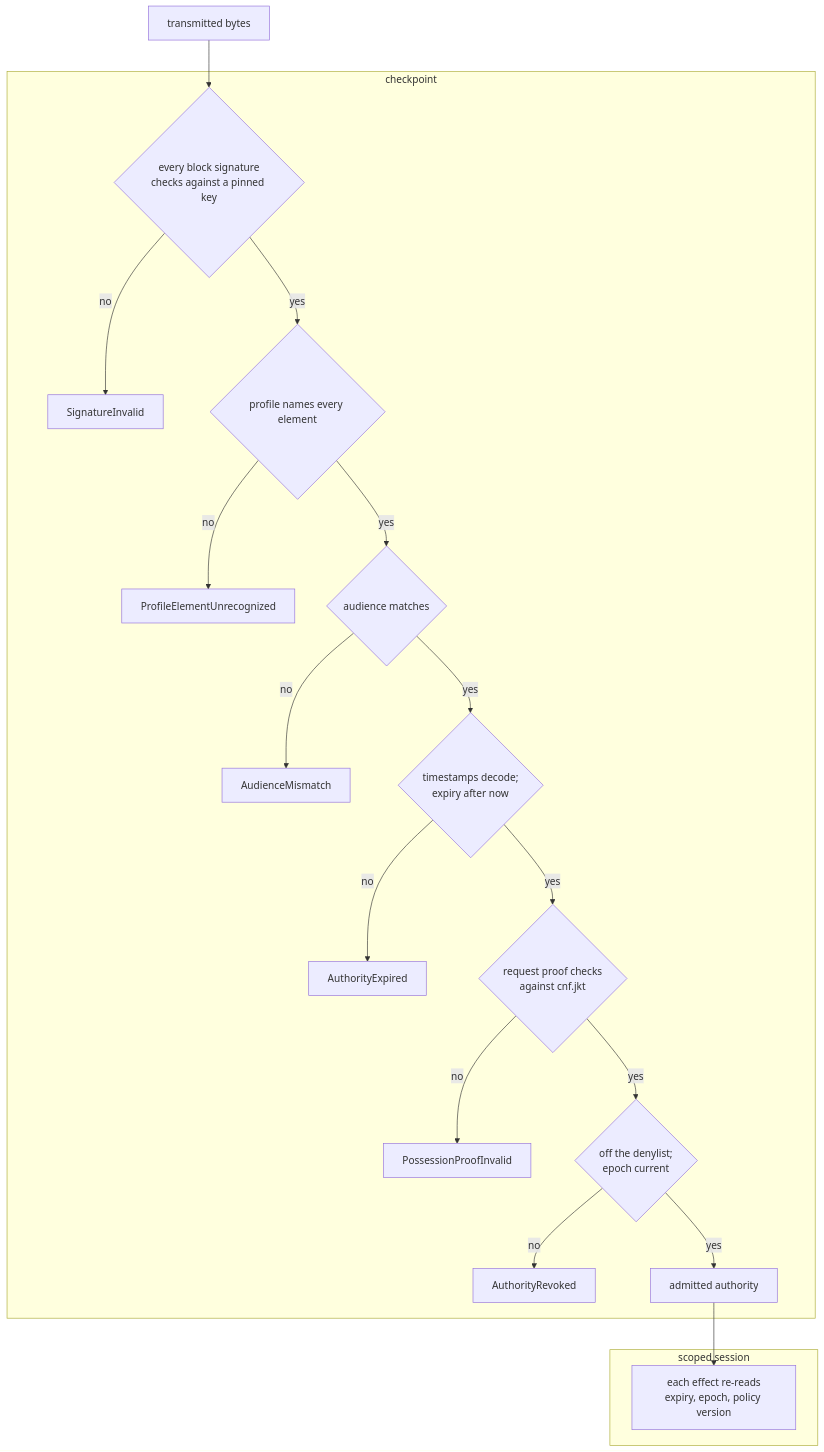
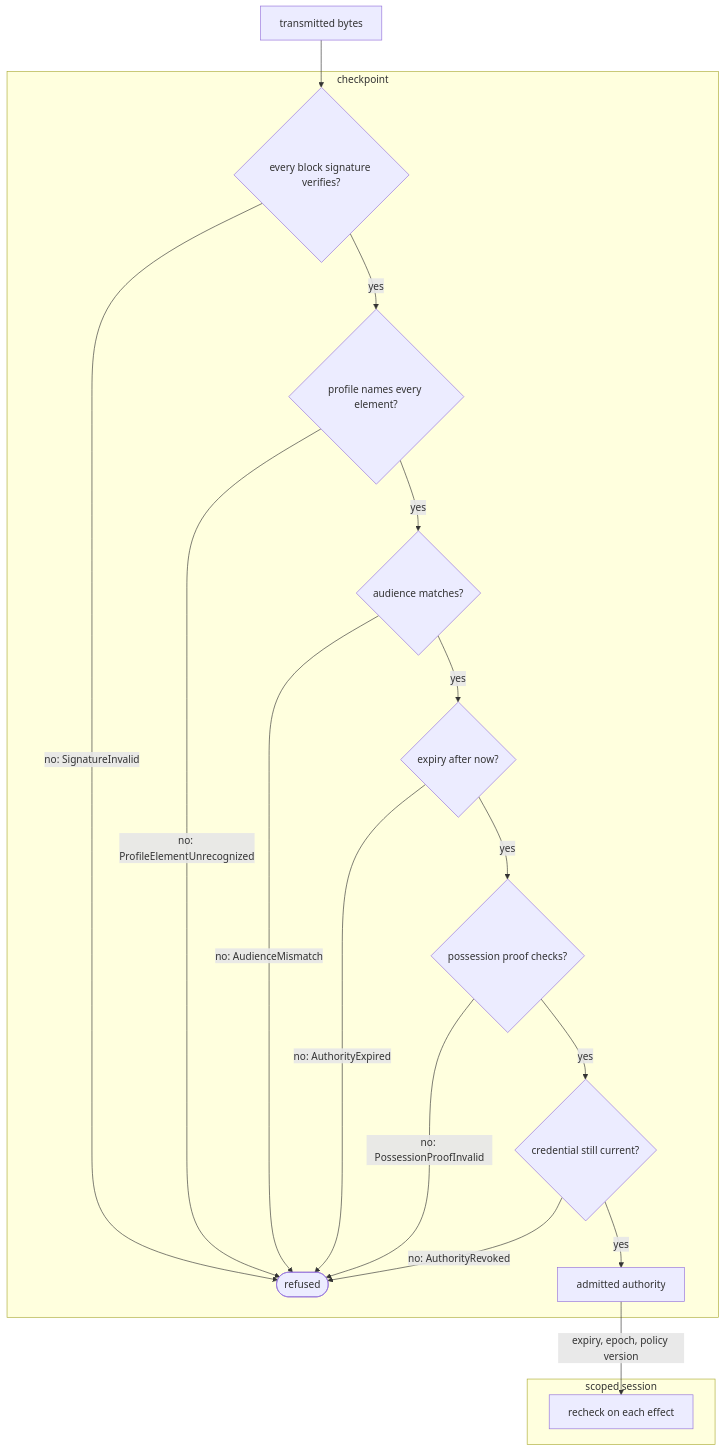
One commit to fractalboxdev/contextful changed the fifth of 5 diagrams in spec/50-authority.md. Above: the diagram before and after it, drawn with Mermaid. The commit also changed other lines of this file and 24 other files, not shown here.

First line of the commit message:
spec: every flowchart draws one entity or process per node

````diff
--- a/spec/50-authority.md
+++ b/spec/50-authority.md
@@ -500,23 +500,23 @@
 ```mermaid
 flowchart TD
   A["transmitted bytes"] --> B
   subgraph CPZ["checkpoint"]
-    B{"every block signature<br/>checks against a pinned key"}
-    B -- no --> R1["SignatureInvalid"]
-    B -- yes --> C{"profile names every element"}
-    C -- no --> R2["ProfileElementUnrecognized"]
-    C -- yes --> D{"audience matches"}
-    D -- no --> R3["AudienceMismatch"]
-    D -- yes --> E{"timestamps decode;<br/>expiry after now"}
-    E -- no --> R4["AuthorityExpired"]
-    E -- yes --> F{"request proof checks<br/>against cnf.jkt"}
-    F -- no --> R5["PossessionProofInvalid"]
-    F -- yes --> G{"off the denylist;<br/>epoch current"}
-    G -- no --> R6["AuthorityRevoked"]
+    B{"every block signature verifies?"}
+    B -- "no: SignatureInvalid" --> R(["refused"])
+    B -- yes --> C{"profile names every element?"}
+    C -- "no: ProfileElementUnrecognized" --> R
+    C -- yes --> D{"audience matches?"}
+    D -- "no: AudienceMismatch" --> R
+    D -- yes --> E{"expiry after now?"}
+    E -- "no: AuthorityExpired" --> R
+    E -- yes --> F{"possession proof checks?"}
+    F -- "no: PossessionProofInvalid" --> R
+    F -- yes --> G{"credential still current?"}
+    G -- "no: AuthorityRevoked" --> R
     G -- yes --> H["admitted authority"]
   end
   subgraph SESS["scoped session"]
-    J["each effect re-reads<br/>expiry, epoch, policy version"]
+    J["recheck on each effect"]
   end
-  H --> J
+  H -- "expiry, epoch, policy version" --> J
 ```
````
